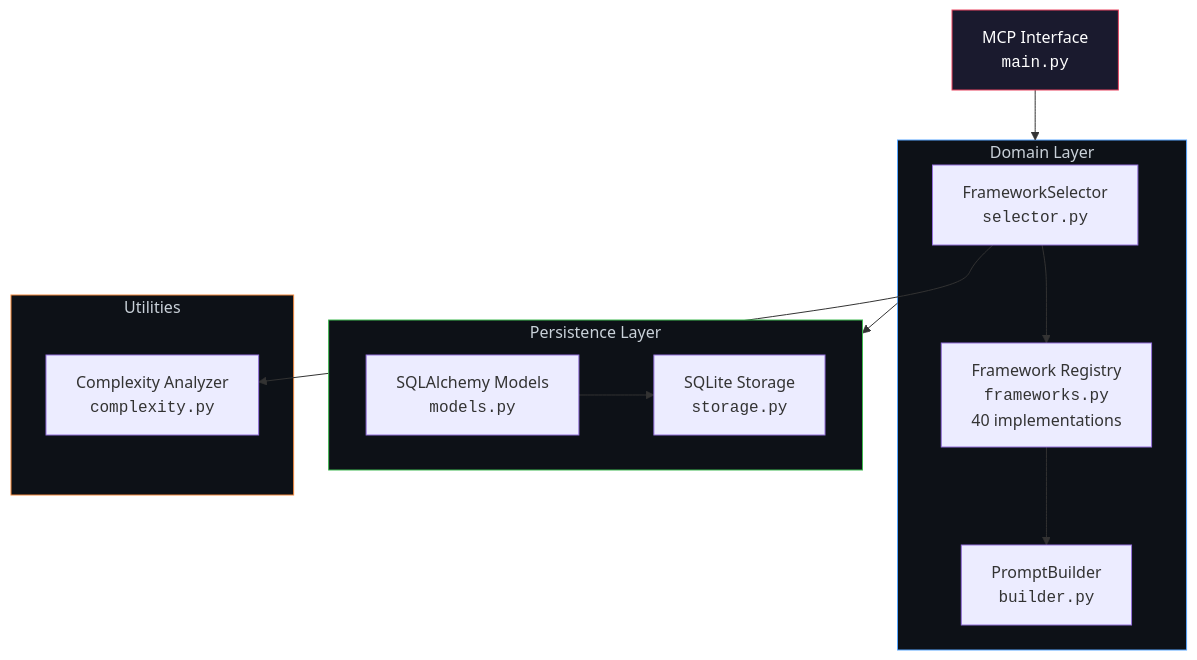
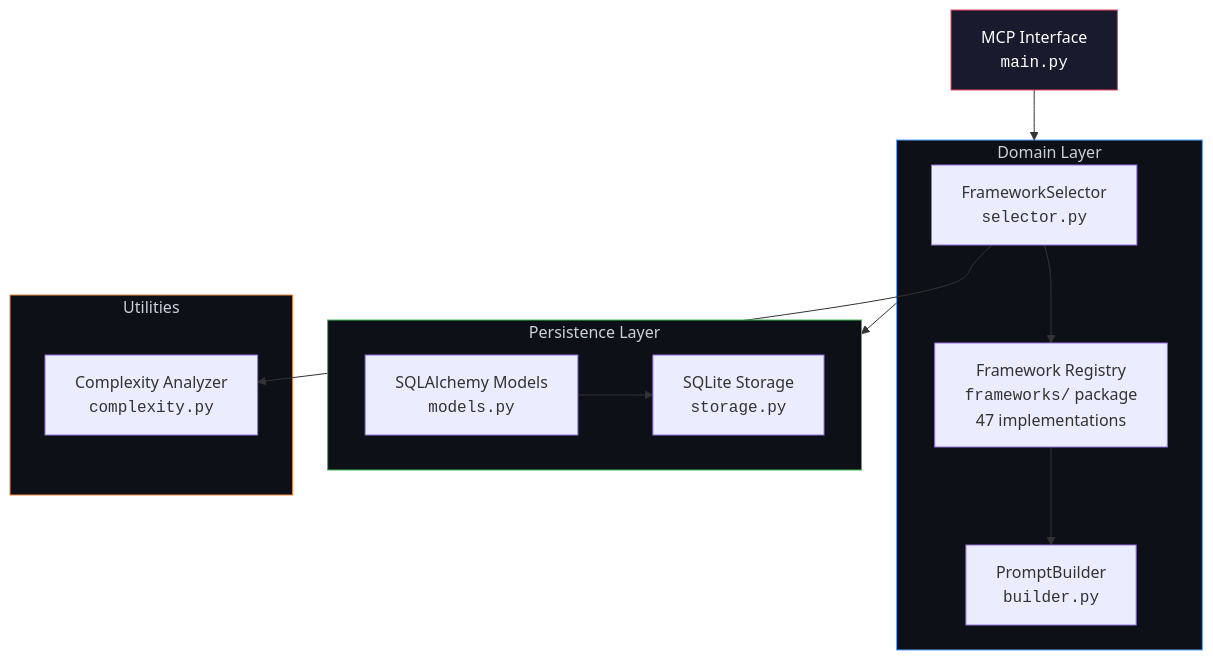
Before and after one commit to BlinkVoid/PromptCore: the third of 3 diagrams in README.md, drawn with Mermaid. The commit also changed other lines of this file and 5 other files, not shown here.

Commit message:
feat: implement approved modern reasoning frameworks (self_discover, chain_of_draft, critic, chain_of_code, re2_re_reading, chain_of_abstraction, deliberate_then_generate)

````diff
--- a/README.md
+++ b/README.md
@@ -224,30 +242,30 @@
 ```mermaid
 graph TB
     MCP["MCP Interface<br/><code>main.py</code>"] --> Domain
 
     subgraph Domain["Domain Layer"]
         Selector["FrameworkSelector<br/><code>selector.py</code>"]
-        Frameworks["Framework Registry<br/><code>frameworks.py</code><br/>40 implementations"]
+        Frameworks["Framework Registry<br/><code>frameworks/</code> package<br/>47 implementations"]
         Builder["PromptBuilder<br/><code>builder.py</code>"]
         Selector --> Frameworks
         Frameworks --> Builder
     end
 
     subgraph Persistence["Persistence Layer"]
         Models["SQLAlchemy Models<br/><code>models.py</code>"]
         Storage["SQLite Storage<br/><code>storage.py</code>"]
         Models --> Storage
     end
 
     subgraph Utils["Utilities"]
         Complexity["Complexity Analyzer<br/><code>complexity.py</code>"]
     end
 
     Domain --> Persistence
     Selector --> Complexity
 
     style MCP fill:#1a1a2e,stroke:#e94560,color:#fff
     style Domain fill:#0d1117,stroke:#58a6ff,color:#c9d1d9
     style Persistence fill:#0d1117,stroke:#3fb950,color:#c9d1d9
     style Utils fill:#0d1117,stroke:#f0883e,color:#c9d1d9
 ```
````
